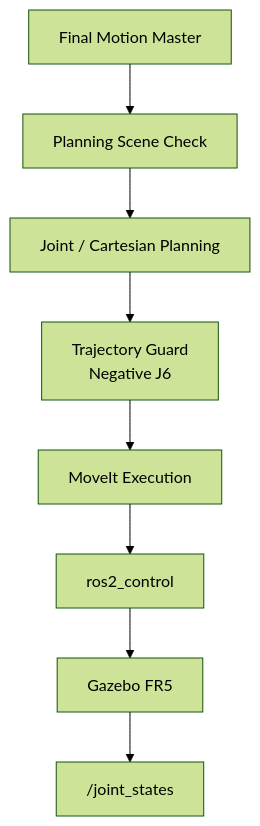
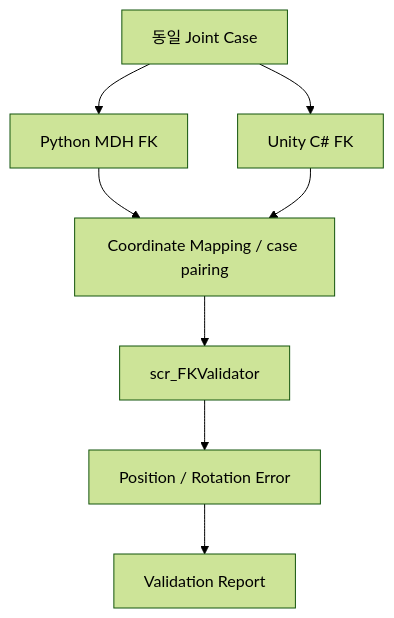
One commit to seongyeop-dev/fr5-unity-digital-twin changed the second of 2 diagrams in docs/02_architecture.md. Above: the diagram before and after it, drawn with Mermaid (forest theme). The commit also changed other lines of this file and 49 other files, not shown here.

````diff
--- a/docs/02_architecture.md
+++ b/docs/02_architecture.md
@@ -103,10 +53,10 @@
 ```mermaid
-flowchart TB
-    M["Final Motion Master"] --> PS["Planning Scene Check"]
-    PS --> PLAN["Joint / Cartesian Planning"]
-    PLAN --> GUARD["Trajectory Guard<br/>Negative J6"]
-    GUARD --> EXEC["MoveIt Execution"]
-    EXEC --> CTRL["ros2_control"]
-    CTRL --> GZ["Gazebo FR5"]
-    GZ --> JS["/joint_states"]
+flowchart TD
+    J["동일 Joint Case"] --> P["Python MDH FK"]
+    J --> C["Unity C# FK"]
+    P --> M["Coordinate Mapping / case pairing"]
+    C --> M
+    M --> V["scr_FKValidator"]
+    V --> E["Position / Rotation Error"]
+    E --> R["Validation Report"]
 ```
````
